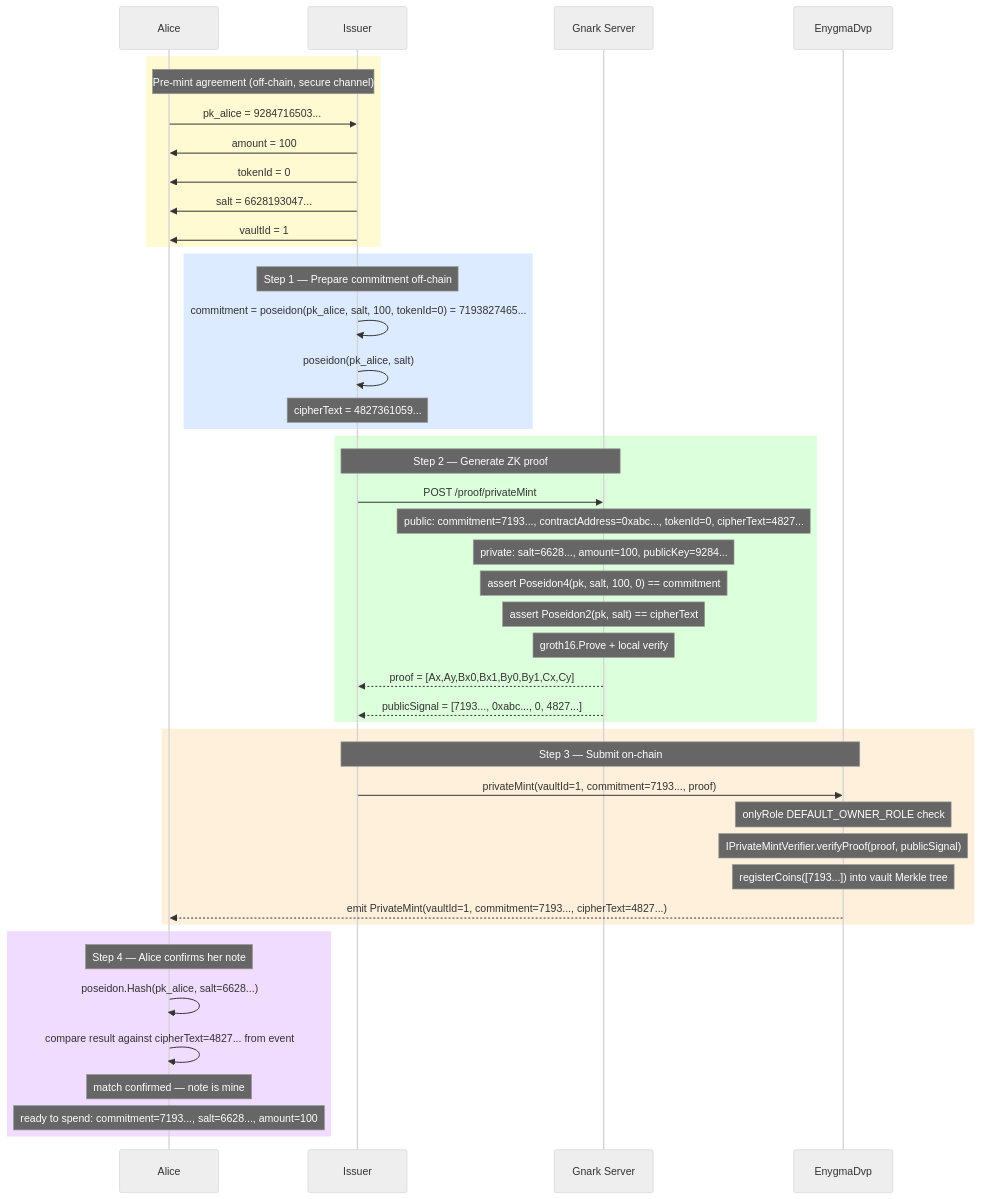
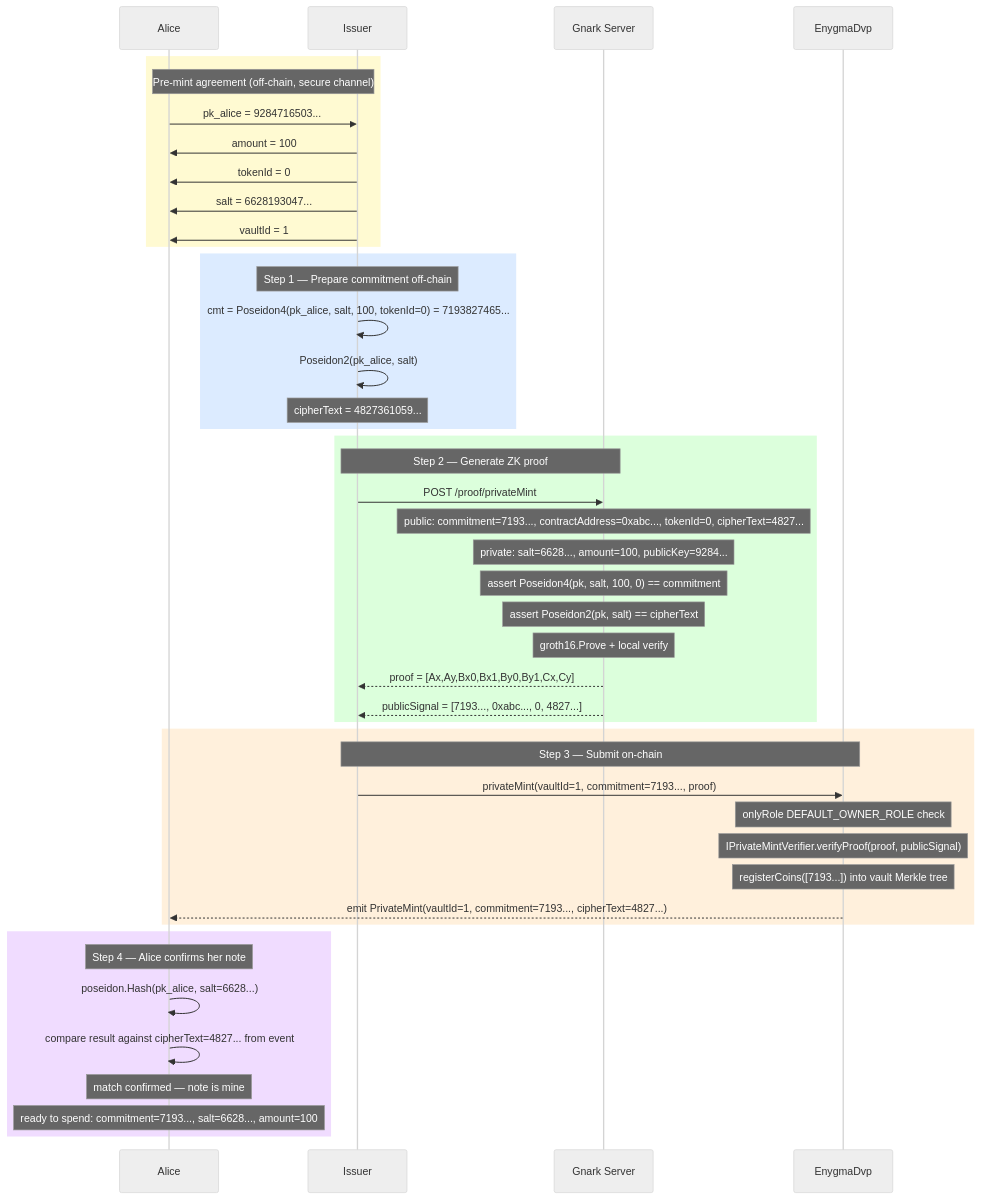
Before and after one commit to yaksetig/Enygma: the diagram in enygma_dvp/docs/flows/02_private_mint.md, drawn with Mermaid (neutral theme). The commit also changed 7 other files, not shown here.

````diff
--- a/enygma_dvp/docs/flows/02_private_mint.md
+++ b/enygma_dvp/docs/flows/02_private_mint.md
@@ -98,60 +98,60 @@
 ```mermaid
 sequenceDiagram
     participant Alice
     participant Issuer
     participant Gnark as Gnark Server
     participant DVP as EnygmaDvp
 
     rect rgb(255, 250, 210)
         Note over Alice,Issuer: Pre-mint agreement (off-chain, secure channel)
 
         Alice->>Issuer: pk_alice = 9284716503...
         Issuer->>Alice: amount = 100
         Issuer->>Alice: tokenId = 0
         Issuer->>Alice: salt = 6628193047...
         Issuer->>Alice: vaultId = 1
     end
 
     rect rgb(220, 235, 255)
         Note over Issuer: Step 1 — Prepare commitment off-chain
 
-        Issuer->>Issuer: commitment = poseidon(pk_alice, salt, 100, tokenId=0) = 7193827465...
+        Issuer->>Issuer: cmt = Poseidon4(pk_alice, salt, 100, tokenId=0) = 7193827465...
 
-        Issuer->>Issuer: poseidon(pk_alice, salt)
+        Issuer->>Issuer: Poseidon2(pk_alice, salt)
         Note over Issuer: cipherText = 4827361059...
     end
 
     rect rgb(220, 255, 220)
         Note over Issuer,Gnark: Step 2 — Generate ZK proof
 
         Issuer->>Gnark: POST /proof/privateMint
         Note over Gnark: public:  commitment=7193..., contractAddress=0xabc..., tokenId=0, cipherText=4827...
         Note over Gnark: private: salt=6628..., amount=100, publicKey=9284...
         Note over Gnark: assert Poseidon4(pk, salt, 100, 0) == commitment
         Note over Gnark: assert Poseidon2(pk, salt) == cipherText
         Note over Gnark: groth16.Prove + local verify
 
         Gnark-->>Issuer: proof = [Ax,Ay,Bx0,Bx1,By0,By1,Cx,Cy]
         Gnark-->>Issuer: publicSignal = [7193..., 0xabc..., 0, 4827...]
     end
 
     rect rgb(255, 240, 220)
         Note over Issuer,DVP: Step 3 — Submit on-chain
 
         Issuer->>DVP: privateMint(vaultId=1, commitment=7193..., proof)
         Note over DVP: onlyRole DEFAULT_OWNER_ROLE check
         Note over DVP: IPrivateMintVerifier.verifyProof(proof, publicSignal)
         Note over DVP: registerCoins([7193...]) into vault Merkle tree
 
         DVP-->>Alice: emit PrivateMint(vaultId=1, commitment=7193..., cipherText=4827...)
     end
 
     rect rgb(240, 220, 255)
         Note over Alice: Step 4 — Alice confirms her note
 
         Alice->>Alice: poseidon.Hash(pk_alice, salt=6628...)
         Alice->>Alice: compare result against cipherText=4827... from event
         Note over Alice: match confirmed — note is mine
         Note over Alice: ready to spend: commitment=7193..., salt=6628..., amount=100
     end
 ```
````
